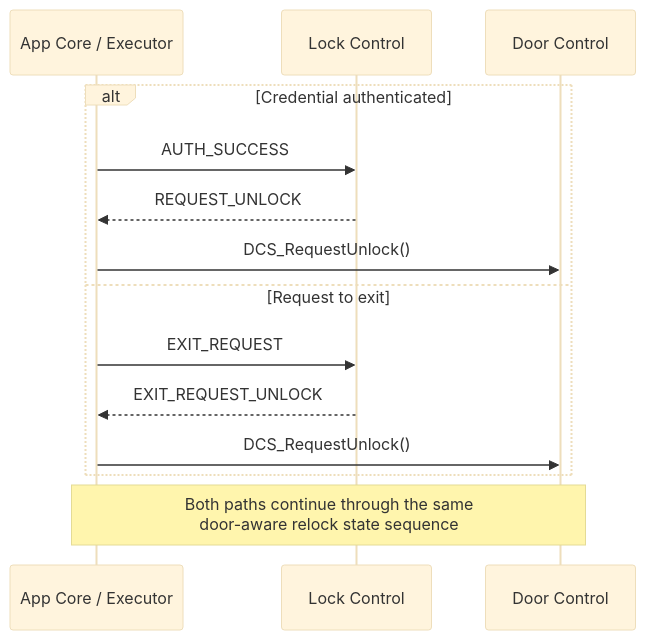
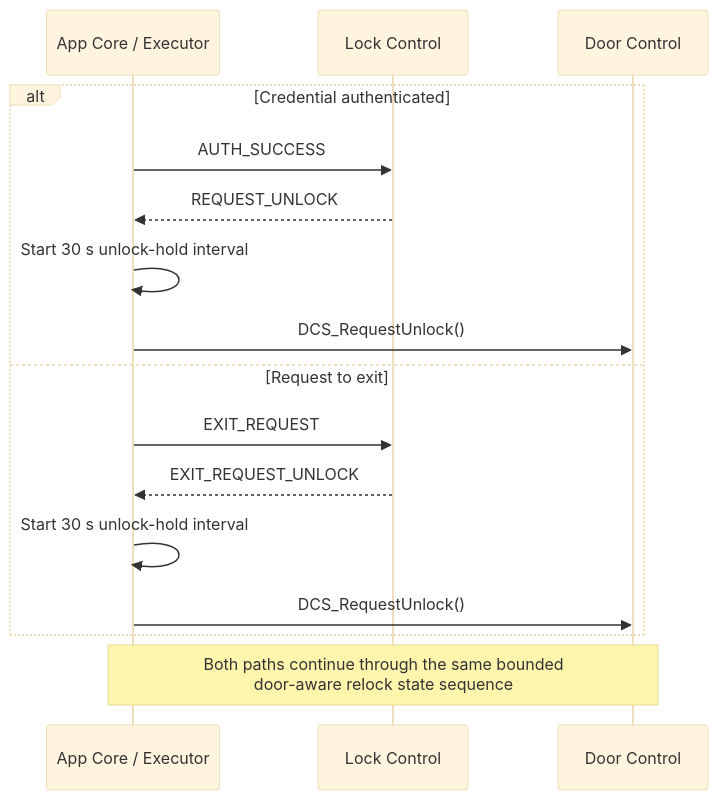
Before and after one commit to JP-REY/STM32F103C8T6-Based-Electronic-Lock: the third of 5 diagrams in App/README.md, drawn with Mermaid (base theme). The commit also changed other lines of this file and 4 other files, not shown here.

First line of the commit message:
feature(app): enforce bounded unlock hold

````diff
--- a/App/README.md
+++ b/App/README.md
@@ -691,18 +719,20 @@
 ```mermaid
 sequenceDiagram
     participant APP as App Core / Executor
     participant LCS as Lock Control
     participant DCS as Door Control
 
     alt Credential authenticated
         APP->>LCS: AUTH_SUCCESS
         LCS-->>APP: REQUEST_UNLOCK
+        APP->>APP: Start 30 s unlock-hold interval
         APP->>DCS: DCS_RequestUnlock()
     else Request to exit
         APP->>LCS: EXIT_REQUEST
         LCS-->>APP: EXIT_REQUEST_UNLOCK
+        APP->>APP: Start 30 s unlock-hold interval
         APP->>DCS: DCS_RequestUnlock()
     end
 
-    Note over APP,DCS: Both paths continue through the same<br/>door-aware relock state sequence
+    Note over APP,DCS: Both paths continue through the same bounded<br/>door-aware relock state sequence
 ```
````
